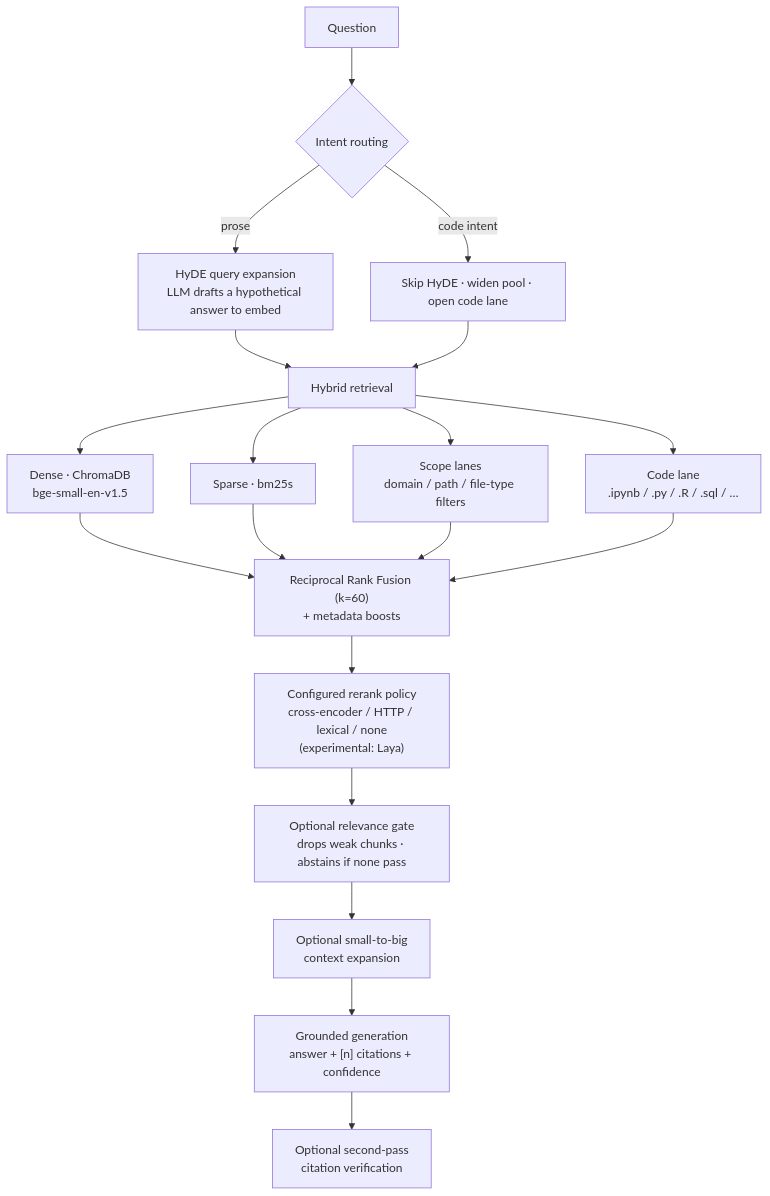
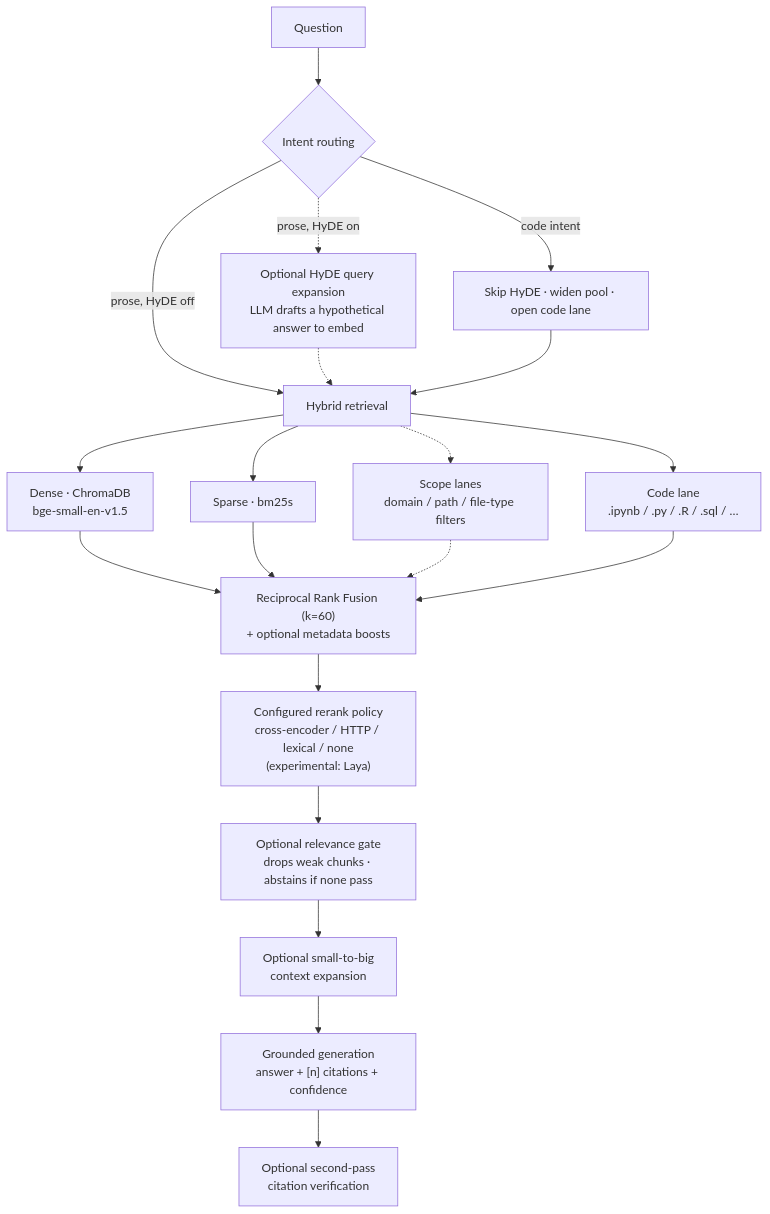
The diagram in docs/architecture.md (AlbertHakobyan070/Advanced-Obsidian-RAG), drawn with Mermaid before and after one commit. The commit also changed other lines of this file and 98 other files, not shown here.

First line of the commit message:
Noetrix 0.29.0: the MCP server, Graph tab suggestions and embedder, OCR queue removal, one console design system

````diff
--- a/docs/architecture.md
+++ b/docs/architecture.md
@@ -9,21 +9,22 @@
 ```mermaid
 flowchart TD
     Q["Question"] --> R{Intent routing}
-    R -->|prose| H["HyDE query expansion<br/>LLM drafts a hypothetical answer to embed"]
+    R -->|prose, HyDE off| HY["Hybrid retrieval"]
+    R -.->|prose, HyDE on| H["Optional HyDE query expansion<br/>LLM drafts a hypothetical answer to embed"]
     R -->|code intent| C0["Skip HyDE · widen pool · open code lane"]
-    H --> HY["Hybrid retrieval"]
+    H -.-> HY
     C0 --> HY
     HY --> D["Dense · ChromaDB<br/>bge-small-en-v1.5"]
     HY --> S["Sparse · bm25s"]
-    HY --> SL["Scope lanes<br/>domain / path / file-type filters"]
+    HY -.-> SL["Scope lanes<br/>domain / path / file-type filters"]
     HY --> CL["Code lane<br/>.ipynb / .py / .R / .sql / …"]
-    D --> RRF["Reciprocal Rank Fusion (k=60)<br/>+ metadata boosts"]
+    D --> RRF["Reciprocal Rank Fusion (k=60)<br/>+ optional metadata boosts"]
     S --> RRF
-    SL --> RRF
+    SL -.-> RRF
     CL --> RRF
     RRF --> RR["Configured rerank policy<br/>cross-encoder / HTTP / lexical / none<br/>(experimental: Laya)"]
     RR --> GT["Optional relevance gate<br/>drops weak chunks · abstains if none pass"]
     GT --> EX["Optional small-to-big<br/>context expansion"]
     EX --> G["Grounded generation<br/>answer + [n] citations + confidence"]
     G --> V["Optional second-pass<br/>citation verification"]
 ```
````
